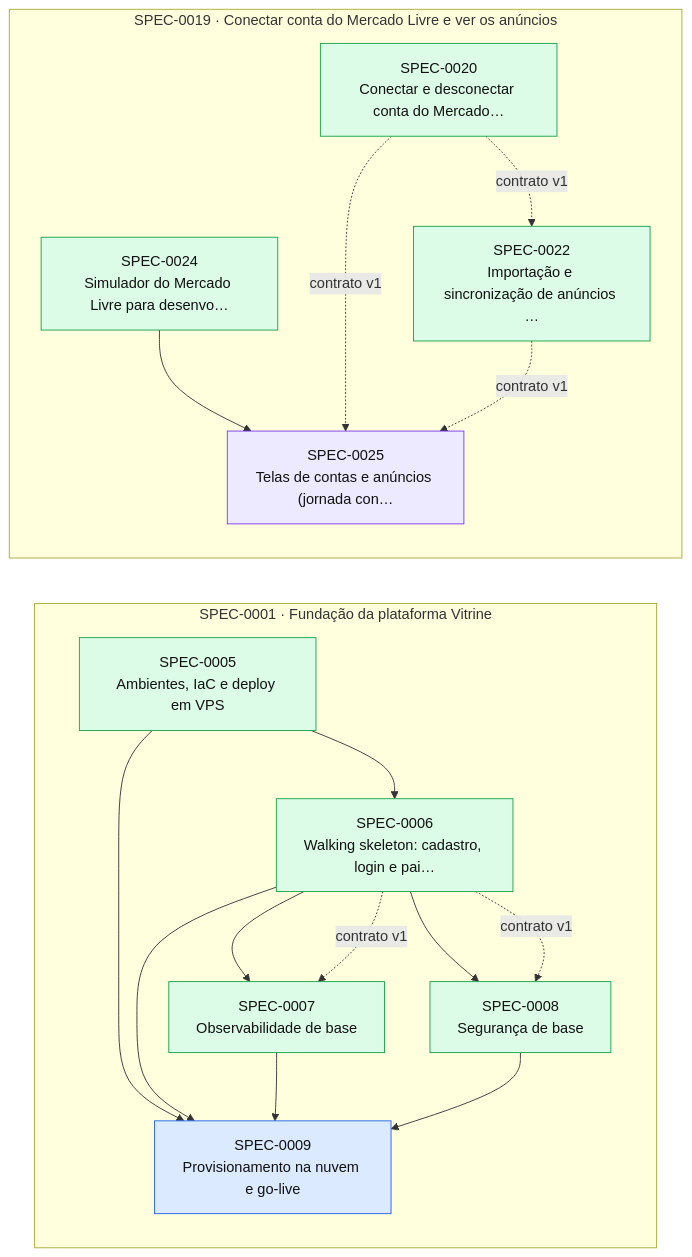
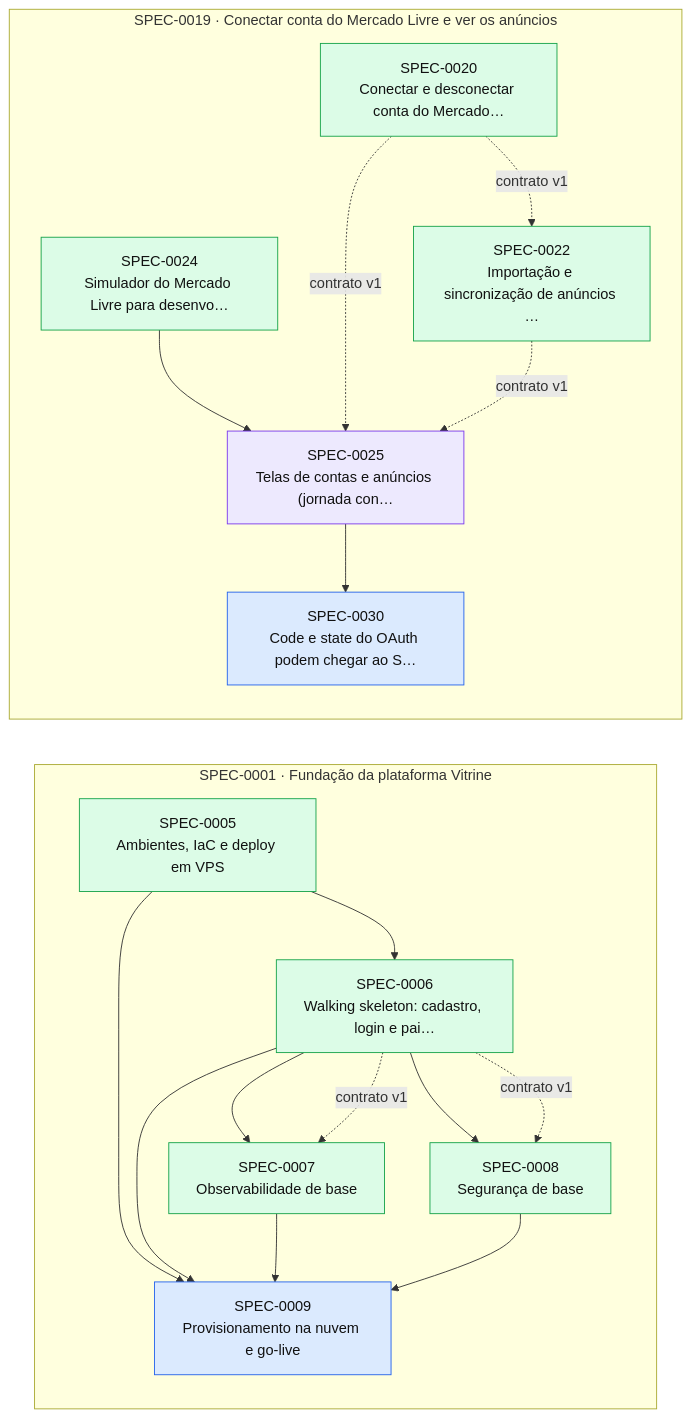
One commit to thomasravache/vitrine changed the diagram in docs/specs/INDEX.md. Above: the diagram before and after it, drawn with Mermaid. The commit also changed other lines of this file and 2 other files, not shown here.

First line of the commit message:
docs(specs): SPEC-0030 (code/state do OAuth no Sentry), aprovada no piloto automático

````diff
--- a/docs/specs/INDEX.md
+++ b/docs/specs/INDEX.md
@@ -59,34 +60,36 @@
 ```mermaid
 flowchart LR
   subgraph E0001["SPEC-0001 · Fundação da plataforma Vitrine"]
     S0005["SPEC-0005<br/>Ambientes, IaC e deploy em VPS"]:::implemented
     S0006["SPEC-0006<br/>Walking skeleton: cadastro, login e pai…"]:::implemented
     S0007["SPEC-0007<br/>Observabilidade de base"]:::implemented
     S0008["SPEC-0008<br/>Segurança de base"]:::implemented
     S0009["SPEC-0009<br/>Provisionamento na nuvem e go-live"]:::approved
   end
   subgraph E0019["SPEC-0019 · Conectar conta do Mercado Livre e ver os anúncios"]
     S0020["SPEC-0020<br/>Conectar e desconectar conta do Mercado…"]:::implemented
     S0022["SPEC-0022<br/>Importação e sincronização de anúncios …"]:::implemented
     S0024["SPEC-0024<br/>Simulador do Mercado Livre para desenvo…"]:::implemented
     S0025["SPEC-0025<br/>Telas de contas e anúncios (jornada con…"]:::inprogress
+    S0030["SPEC-0030<br/>Code e state do OAuth podem chegar ao S…"]:::approved
   end
   S0005 --> S0006
   S0006 --> S0007
   S0006 -. contrato v1 .-> S0007
   S0006 --> S0008
   S0006 -. contrato v1 .-> S0008
   S0005 --> S0009
   S0006 --> S0009
   S0007 --> S0009
   S0008 --> S0009
   S0020 -. contrato v1 .-> S0022
   S0024 --> S0025
   S0020 -. contrato v1 .-> S0025
   S0022 -. contrato v1 .-> S0025
+  S0025 --> S0030
   classDef proposed fill:#fef3c7,stroke:#d97706,color:#111
   classDef approved fill:#dbeafe,stroke:#2563eb,color:#111
   classDef inprogress fill:#ede9fe,stroke:#7c3aed,color:#111
   classDef implemented fill:#dcfce7,stroke:#16a34a,color:#111
   classDef deprecated fill:#f3f4f6,stroke:#9ca3af,color:#6b7280
 ```
````
